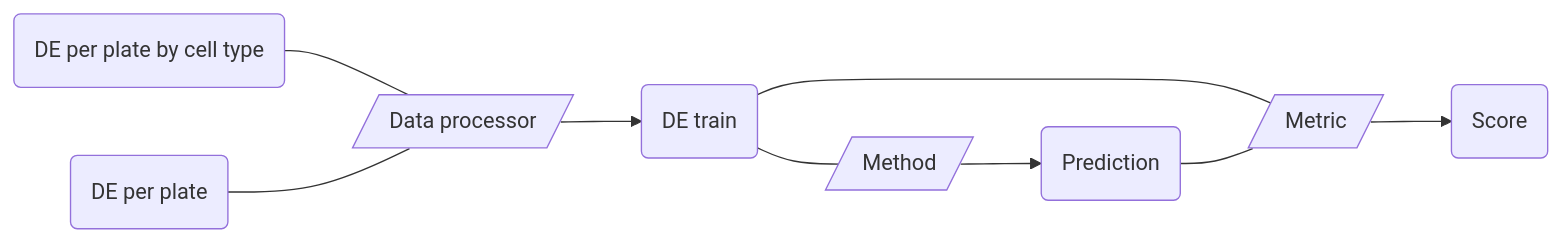
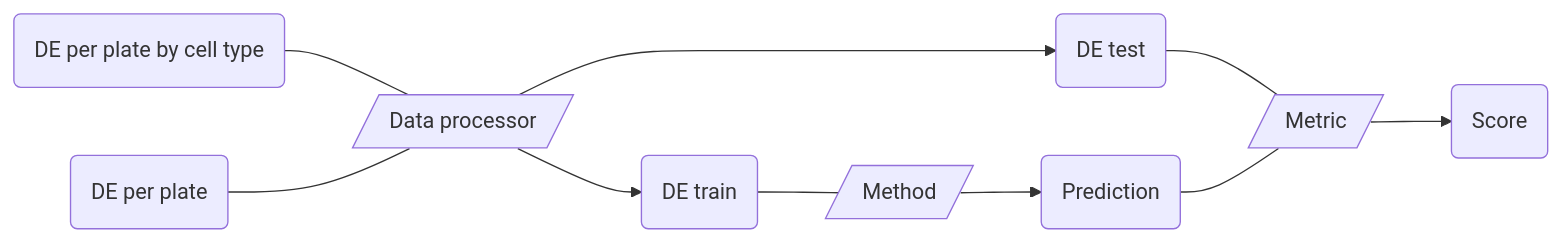
One commit to openproblems-bio/task_perturbation_prediction changed the diagram in README.md. Above: the diagram before and after it, drawn with Mermaid. The commit also changed other lines of this file and 3 other files, not shown here.

````diff
--- a/README.md
+++ b/README.md
@@ -26,19 +26,21 @@
 ``` mermaid
 flowchart LR
   file_de_per_plate_by_celltype("DE per plate by cell type")
   comp_process_dataset[/"Data processor"/]
   file_de_train("DE train")
+  file_de_test("DE test")
   comp_method[/"Method"/]
   comp_metric[/"Metric"/]
   file_prediction("Prediction")
   file_score("Score")
   file_de_per_plate("DE per plate")
   file_de_per_plate_by_celltype---comp_process_dataset
   comp_process_dataset-->file_de_train
+  comp_process_dataset-->file_de_test
   file_de_train---comp_method
-  file_de_train---comp_metric
+  file_de_test---comp_metric
   comp_method-->file_prediction
   comp_metric-->file_score
   file_prediction---comp_metric
   file_de_per_plate---comp_process_dataset
 ```
````
